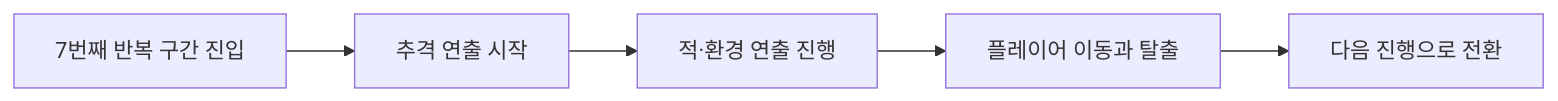
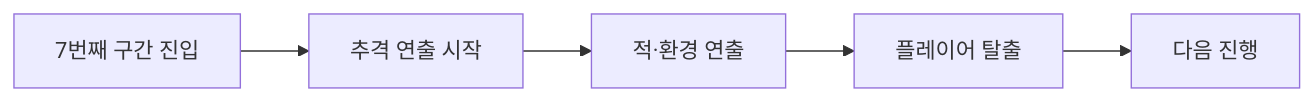
The fourth of 4 diagrams in Poltergeist/README.md (chaaaron000/game-project-code-archive), drawn with Mermaid before and after one commit. The commit also changed other lines of this file, not shown here.

````diff
--- a/Poltergeist/README.md
+++ b/Poltergeist/README.md
@@ -96,7 +65,7 @@
 ```mermaid
 flowchart LR
-    A[7번째 반복 구간 진입] --> B[추격 연출 시작]
-    B --> C[적·환경 연출 진행]
-    C --> D[플레이어 이동과 탈출]
-    D --> E[다음 진행으로 전환]
+    A[7번째 구간 진입] --> B[추격 연출 시작]
+    B --> C[적·환경 연출]
+    C --> D[플레이어 탈출]
+    D --> E[다음 진행]
 ```
````
